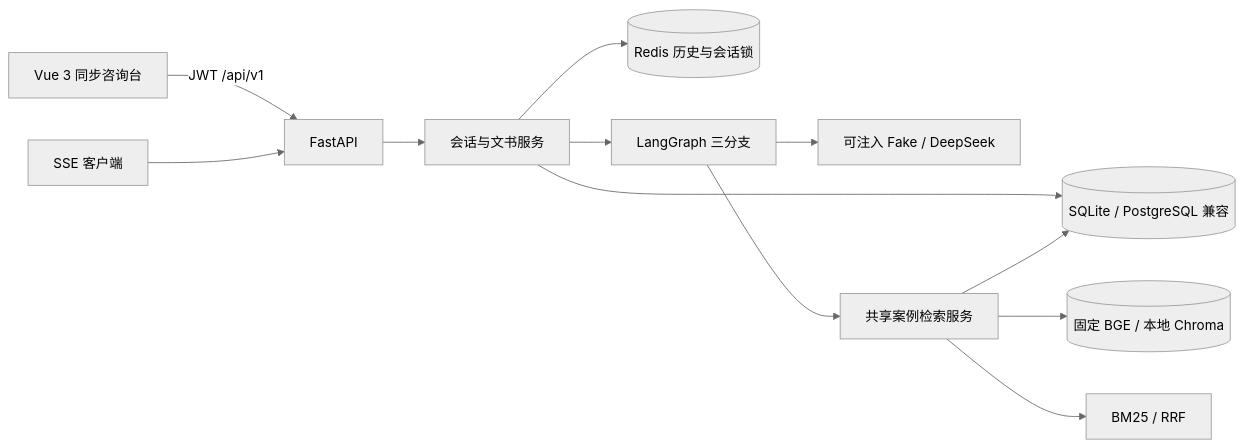
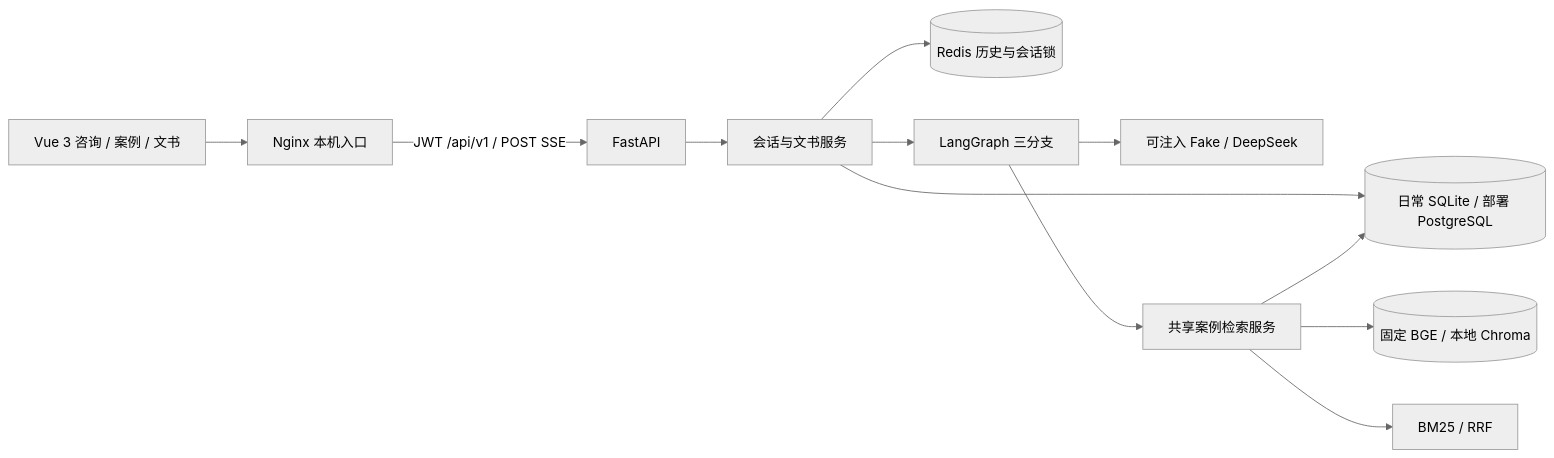
One commit to wenqin8/legalmind changed the first of 2 diagrams in docs/architecture.md. Above: the diagram before and after it, drawn with Mermaid (neutral theme). The commit also changed other lines of this file and 452 other files, not shown here.

````diff
--- a/docs/architecture.md
+++ b/docs/architecture.md
@@ -7,14 +7,14 @@
 ```mermaid
 flowchart LR
-    Web[Vue 3 同步咨询台] -->|JWT /api/v1| API[FastAPI]
-    Client[SSE 客户端] --> API
+    Web[Vue 3 咨询 / 案例 / 文书] --> Proxy[Nginx 本机入口]
+    Proxy -->|JWT /api/v1 / POST SSE| API[FastAPI]
     API --> Service[会话与文书服务]
-    Service --> DB[(SQLite / PostgreSQL 兼容)]
+    Service --> DB[(日常 SQLite / 部署 PostgreSQL)]
     Service --> Redis[(Redis 历史与会话锁)]
     Service --> Graph[LangGraph 三分支]
     Graph --> LLM[可注入 Fake / DeepSeek]
     Graph --> Retrieval[共享案例检索服务]
     Retrieval --> Chroma[(固定 BGE / 本地 Chroma)]
     Retrieval --> BM25[BM25 / RRF]
     Retrieval --> DB
 ```
````
